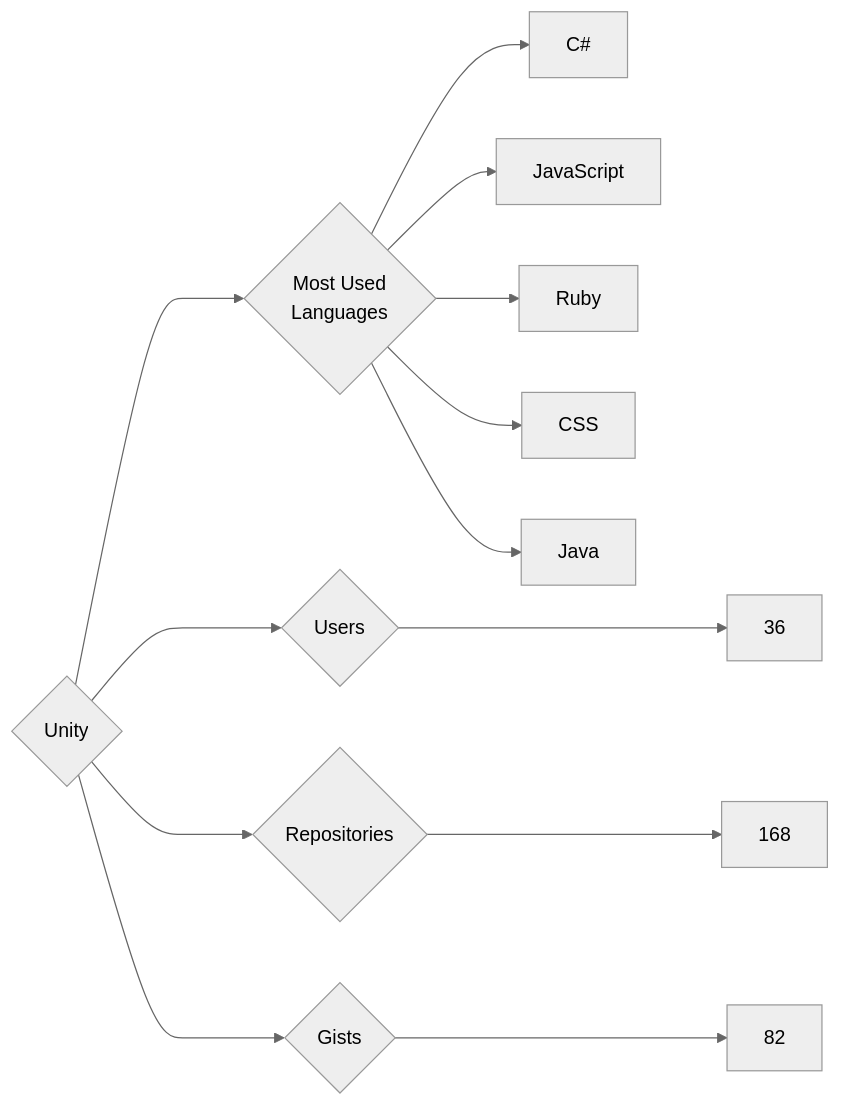
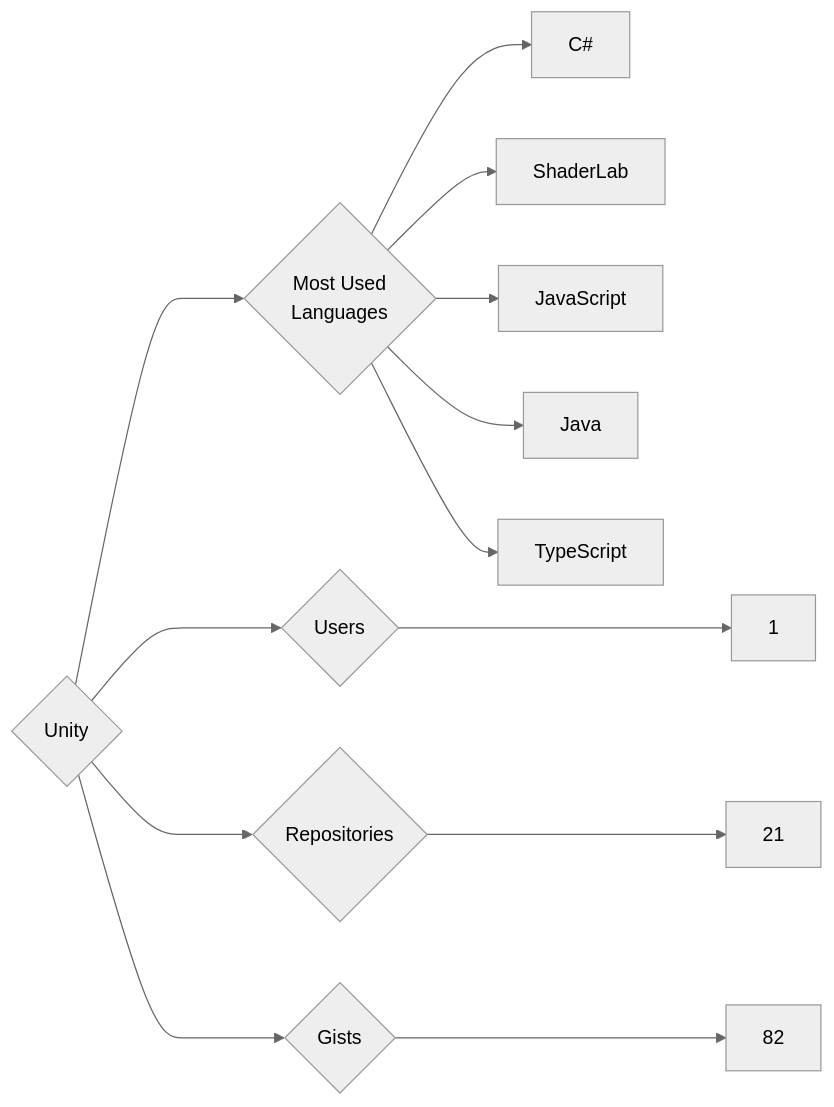
Before and after one commit to trickest/insiders: the diagram in targets/Unity/README.md, drawn with Mermaid (neutral theme). The commit also changed 823 other files, not shown here.

````diff
--- a/targets/Unity/README.md
+++ b/targets/Unity/README.md
@@ -3,13 +3,13 @@
 ```mermaid
 graph LR
 COMPANY_NAME{Unity}
-COMPANY_NAME ---> U{Users} ---> UN[36]
-COMPANY_NAME ---> R{Repositories} ---> RN[168]
+COMPANY_NAME ---> U{Users} ---> UN[1]
+COMPANY_NAME ---> R{Repositories} ---> RN[21]
 COMPANY_NAME ---> G{Gists} ---> GN[82]
 COMPANY_NAME ---> ML{Most Used<br>Languages}
 ML --> C#[C#]
+ML --> ShaderLab[ShaderLab]
 ML --> JavaScript[JavaScript]
-ML --> Ruby[Ruby]
-ML --> CSS[CSS]
 ML --> Java[Java]
+ML --> TypeScript[TypeScript]
 ```
````
